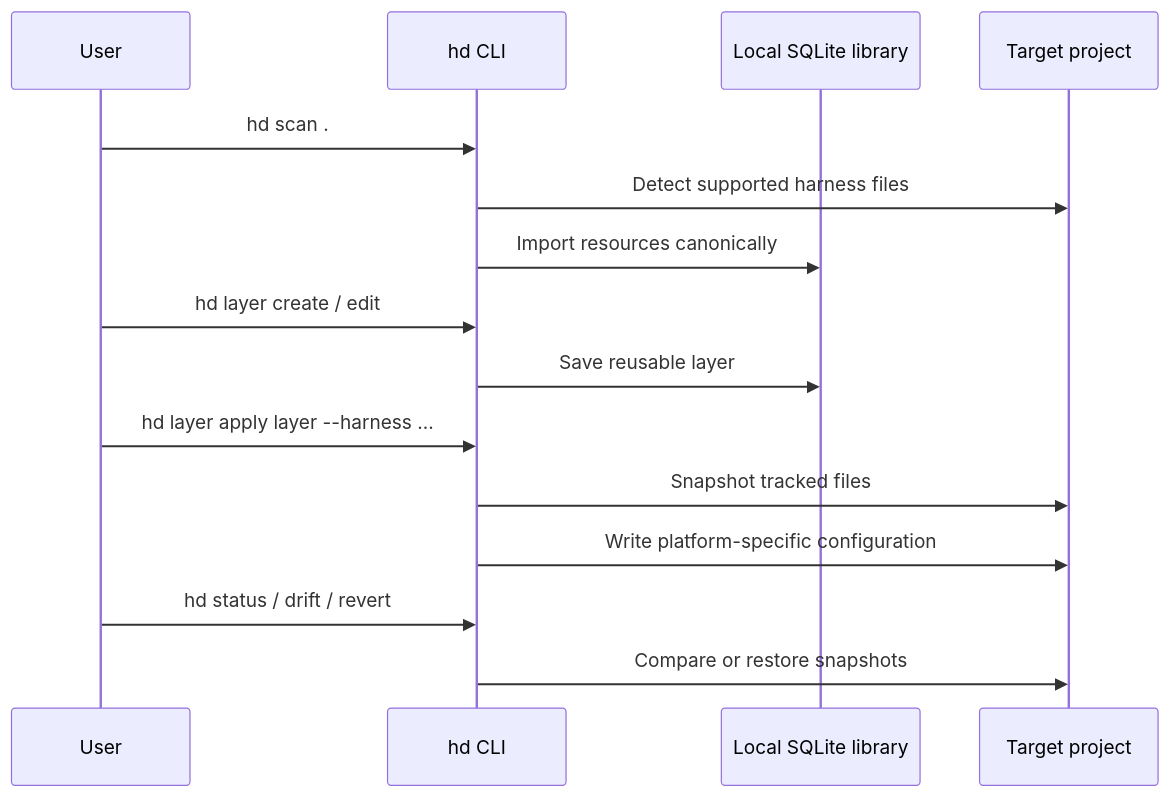
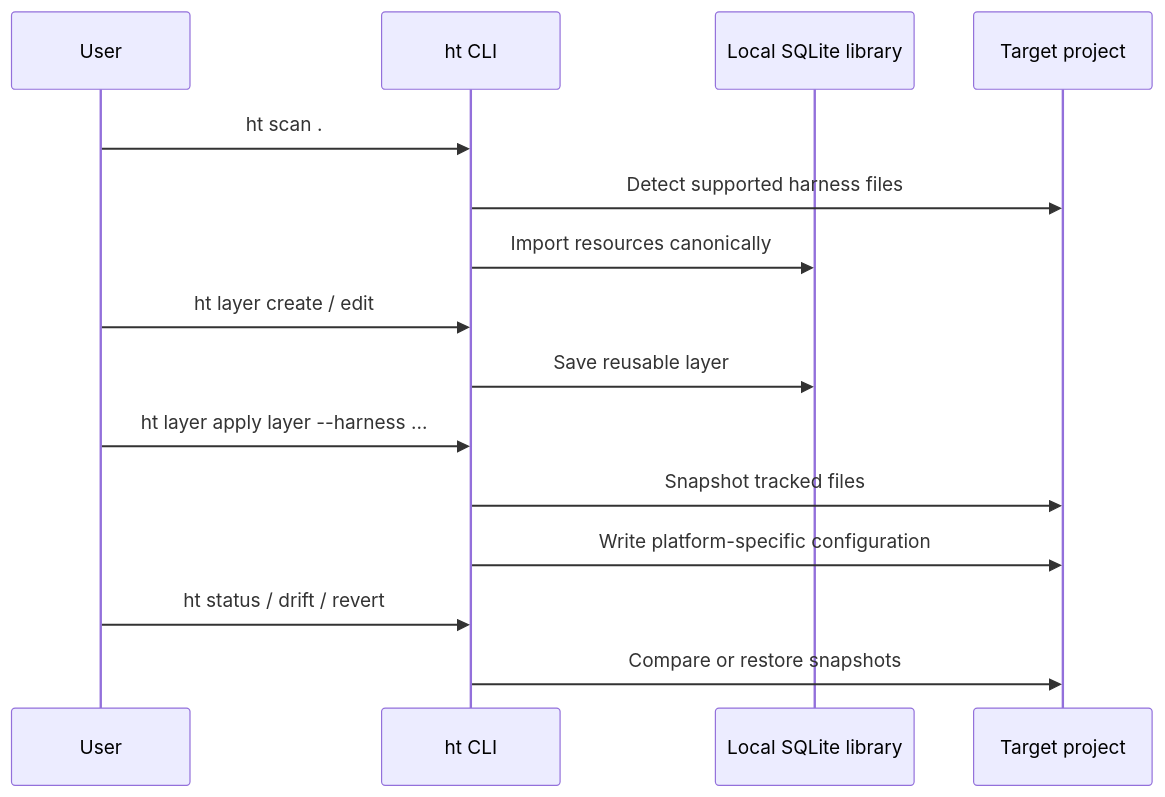
The second of 3 diagrams in README.md (harnesstap/harnesstap), drawn with Mermaid before and after one commit. The commit also changed other lines of this file and 195 other files, not shown here.

Commit message:
refactor: complete CLI HarnessTap identifier sweep

````diff
--- a/README.md
+++ b/README.md
@@ -252,18 +252,18 @@
 ```mermaid
 sequenceDiagram
   participant User
-  participant CLI as hd CLI
+  participant CLI as ht CLI
   participant DB as Local SQLite library
   participant Project as Target project
 
-  User->>CLI: hd scan .
+  User->>CLI: ht scan .
   CLI->>Project: Detect supported harness files
   CLI->>DB: Import resources canonically
-  User->>CLI: hd layer create / edit
+  User->>CLI: ht layer create / edit
   CLI->>DB: Save reusable layer
-  User->>CLI: hd layer apply layer --harness ...
+  User->>CLI: ht layer apply layer --harness ...
   CLI->>Project: Snapshot tracked files
   CLI->>Project: Write platform-specific configuration
-  User->>CLI: hd status / drift / revert
+  User->>CLI: ht status / drift / revert
   CLI->>Project: Compare or restore snapshots
 ```
````
